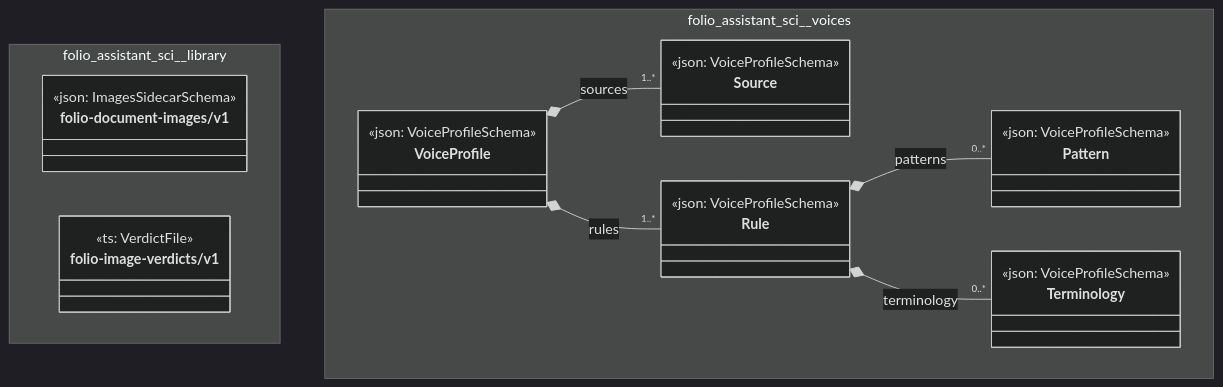
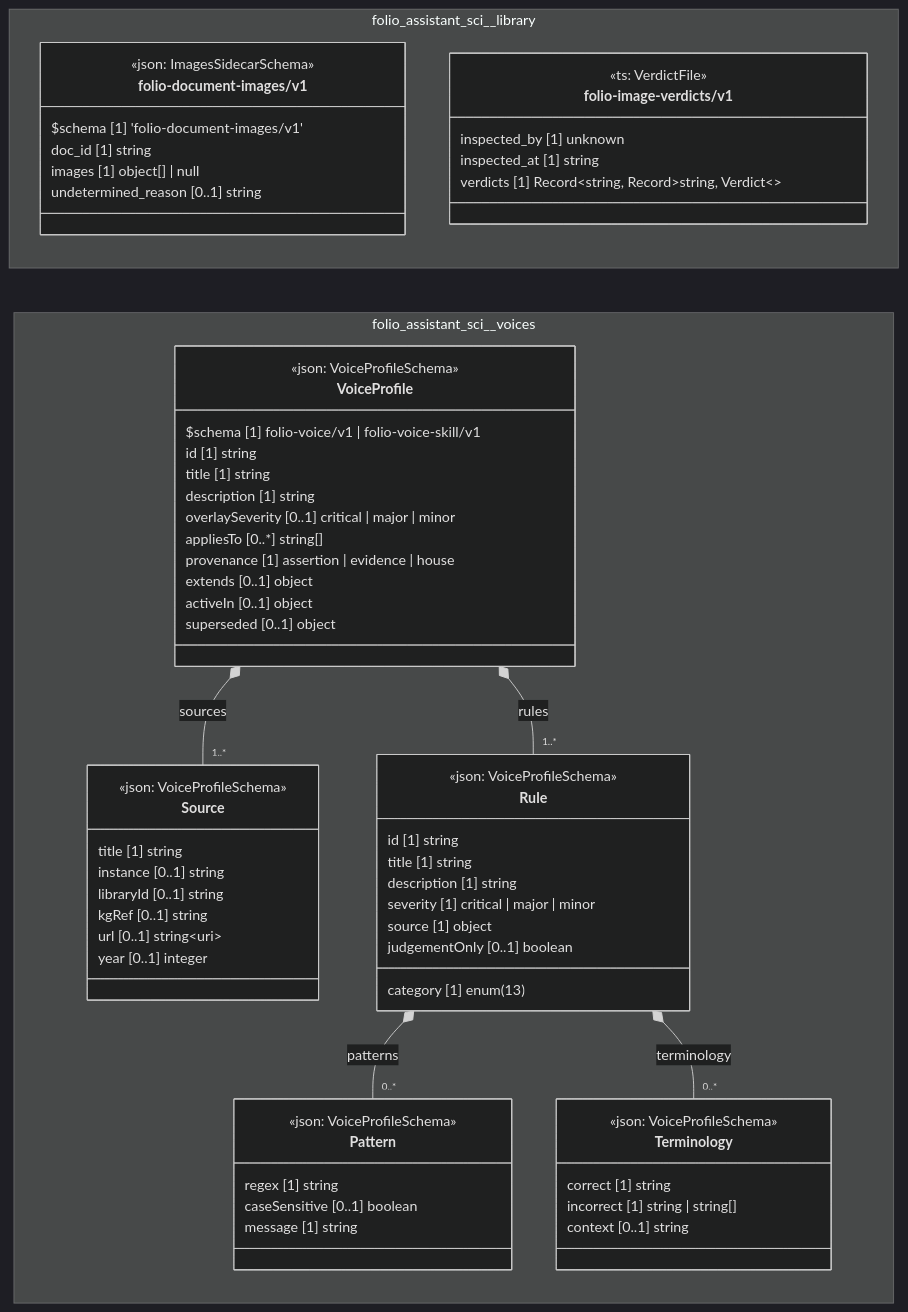
Before and after one commit to litlfred/folio-assistant: the diagram in cat-harness/docs/uml/overview/folio-assistant-sci.md, drawn with Mermaid (dark theme). The commit also changed 92 other files, not shown here.

First line of the commit message:
uml: data fields and a vertical stack on the overview; PlantUML coloured from uml.css

````diff
--- a/cat-harness/docs/uml/overview/folio-assistant-sci.md
+++ b/cat-harness/docs/uml/overview/folio-assistant-sci.md
@@ -12,40 +12,76 @@
 ```mermaid
 classDiagram
-  direction TB
+  direction LR
   namespace folio_assistant_sci__library {
     class folio_assistant_sci_library_folio_document_images_v1_folio_document_images_v1["folio-document-images/v1"] {
       <<json: ImagesSidecarSchema>>
+      $schema [1] 'folio-document-images/v1'
+      doc_id [1] string
+      images [1] object[] | null
+      undetermined_reason [0..1] string
     }
     class folio_assistant_sci_library_folio_image_verdicts_v1["folio-image-verdicts/v1"] {
       <<ts: VerdictFile>>
+      inspected_by [1] unknown
+      inspected_at [1] string
+      verdicts [1] Record~string, Record~string, Verdict~~
     }
   }
   namespace folio_assistant_sci__voices {
     class folio_assistant_sci_voices_Source["Source"] {
       <<json: VoiceProfileSchema>>
+      title [1] string
+      instance [0..1] string
+      libraryId [0..1] string
+      kgRef [0..1] string
+      url [0..1] string~uri~
+      year [0..1] integer
     }
     class folio_assistant_sci_voices_Pattern["Pattern"] {
       <<json: VoiceProfileSchema>>
+      regex [1] string
+      caseSensitive [0..1] boolean
+      message [1] string
     }
     class folio_assistant_sci_voices_Terminology["Terminology"] {
       <<json: VoiceProfileSchema>>
+      correct [1] string
+      incorrect [1] string | string[]
+      context [0..1] string
     }
     class folio_assistant_sci_voices_Rule["Rule"] {
       <<json: VoiceProfileSchema>>
+      id [1] string
+      title [1] string
+      description [1] string
+      category [1] enum(13)
+      severity [1] critical | major | minor
+      source [1] object
+      judgementOnly [0..1] boolean
     }
     class folio_assistant_sci_voices_VoiceProfile["VoiceProfile"] {
       <<json: VoiceProfileSchema>>
+      $schema [1] folio-voice/v1 | folio-voice-skill/v1
+      id [1] string
+      title [1] string
+      description [1] string
+      overlaySeverity [0..1] critical | major | minor
+      appliesTo [0..*] string[]
+      provenance [1] assertion | evidence | house
+      extends [0..1] object
+      activeIn [0..1] object
+      superseded [0..1] object
     }
   }
   cssClass "folio_assistant_sci_library_folio_document_images_v1_folio_document_images_v1" fa_uml_kind_library
   cssClass "folio_assistant_sci_library_folio_image_verdicts_v1" fa_uml_kind_library
   folio_assistant_sci_voices_VoiceProfile *-- "1..*" folio_assistant_sci_voices_Source : sources
   folio_assistant_sci_voices_Rule *-- "0..*" folio_assistant_sci_voices_Pattern : patterns
   folio_assistant_sci_voices_Rule *-- "0..*" folio_assistant_sci_voices_Terminology : terminology
   folio_assistant_sci_voices_VoiceProfile *-- "1..*" folio_assistant_sci_voices_Rule : rules
   cssClass "folio_assistant_sci_voices_Source" fa_uml_kind_voices
   cssClass "folio_assistant_sci_voices_Pattern" fa_uml_kind_voices
   cssClass "folio_assistant_sci_voices_Terminology" fa_uml_kind_voices
   cssClass "folio_assistant_sci_voices_Rule" fa_uml_kind_voices
   cssClass "folio_assistant_sci_voices_VoiceProfile" fa_uml_kind_voices
 ```
````
